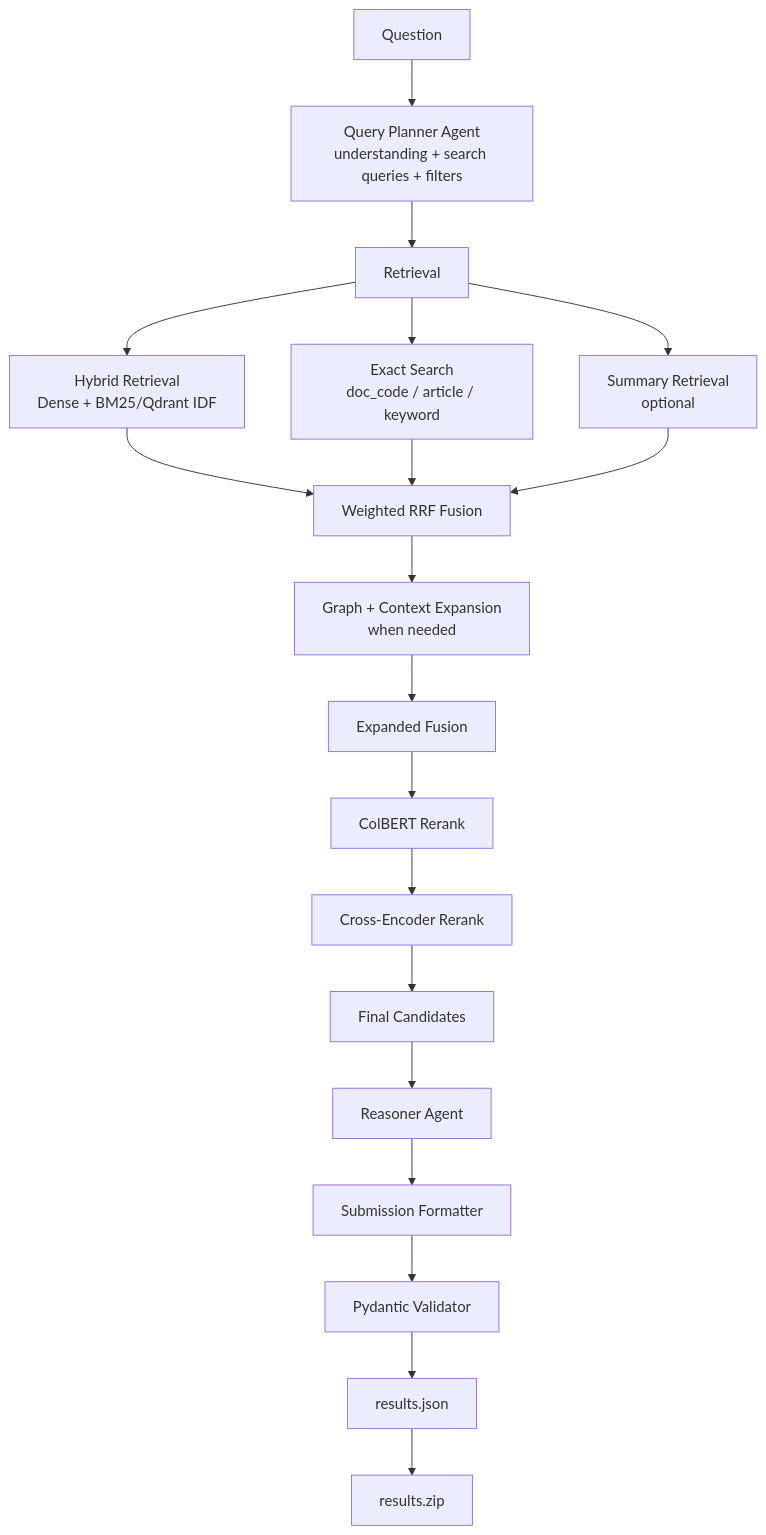
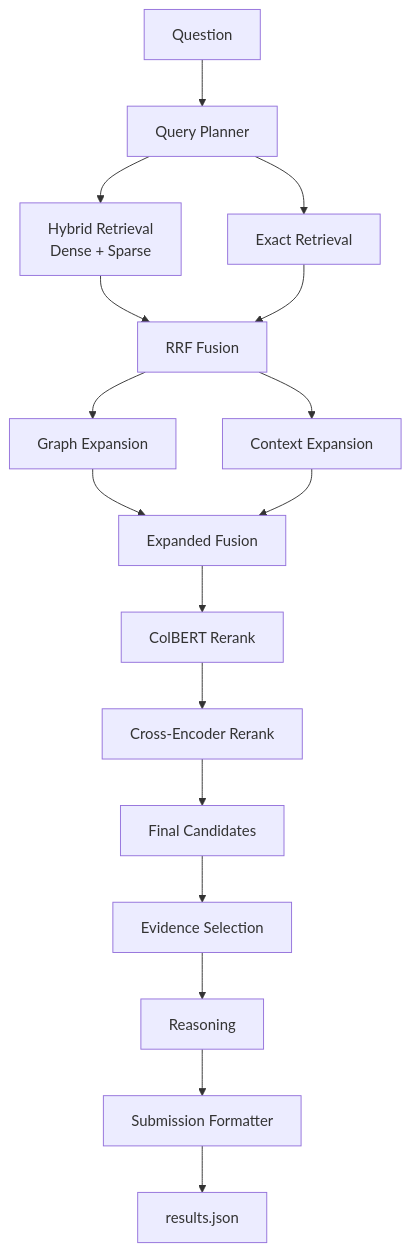
Before and after one commit to tutran27/legal-rag-agentic: the diagram in README.md, drawn with Mermaid. The commit also changed other lines of this file and 19 other files, not shown here.

````diff
--- a/README.md
+++ b/README.md
@@ -20,27 +13,19 @@
 ```mermaid
 flowchart TD
-    A["Question"] --> B["Query Planner Agent<br/>understanding + search queries + filters"]
-
-    B --> C["Retrieval"]
-    C --> C1["Hybrid Retrieval<br/>Dense + BM25/Qdrant IDF"]
-    C --> C2["Exact Search<br/>doc_code / article / keyword"]
-    C --> C3["Summary Retrieval<br/>optional"]
-
-    C1 --> D["Weighted RRF Fusion"]
-    C2 --> D
-    C3 --> D
-
-    D --> E["Graph + Context Expansion<br/>when needed"]
-    E --> F["Expanded Fusion"]
-
-    F --> G["ColBERT Rerank"]
-    G --> H["Cross-Encoder Rerank"]
-    H --> I["Final Candidates"]
-
-    I --> L["Reasoner Agent"]
-
-    L --> O["Submission Formatter"]
-    O --> P["Pydantic Validator"]
-    P --> Q["results.json"]
-    Q --> R["results.zip"]
+    A["Question"] --> B["Query Planner"]
+    B --> C["Hybrid Retrieval<br/>Dense + Sparse"]
+    B --> D["Exact Retrieval"]
+    C --> E["RRF Fusion"]
+    D --> E
+    E --> F["Graph Expansion"]
+    E --> G["Context Expansion"]
+    F --> H["Expanded Fusion"]
+    G --> H
+    H --> I["ColBERT Rerank"]
+    I --> J["Cross-Encoder Rerank"]
+    J --> K["Final Candidates"]
+    K --> L["Evidence Selection"]
+    L --> M["Reasoning"]
+    M --> N["Submission Formatter"]
+    N --> O["results.json"]
 ```
````
